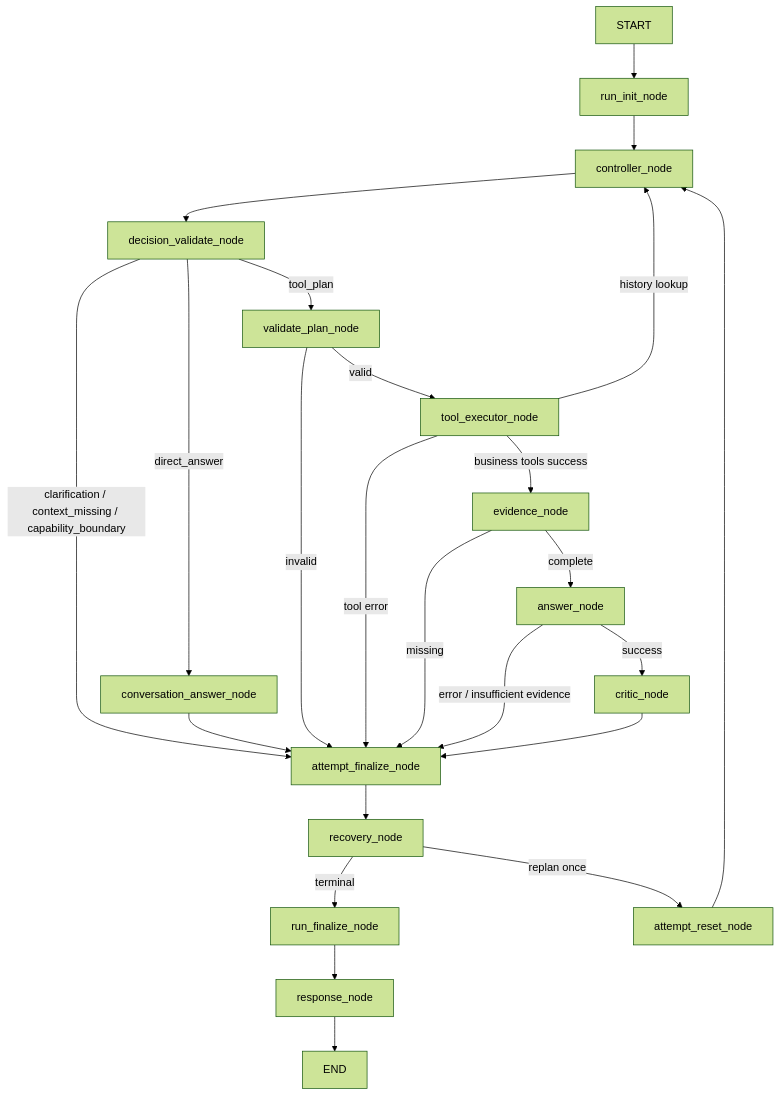
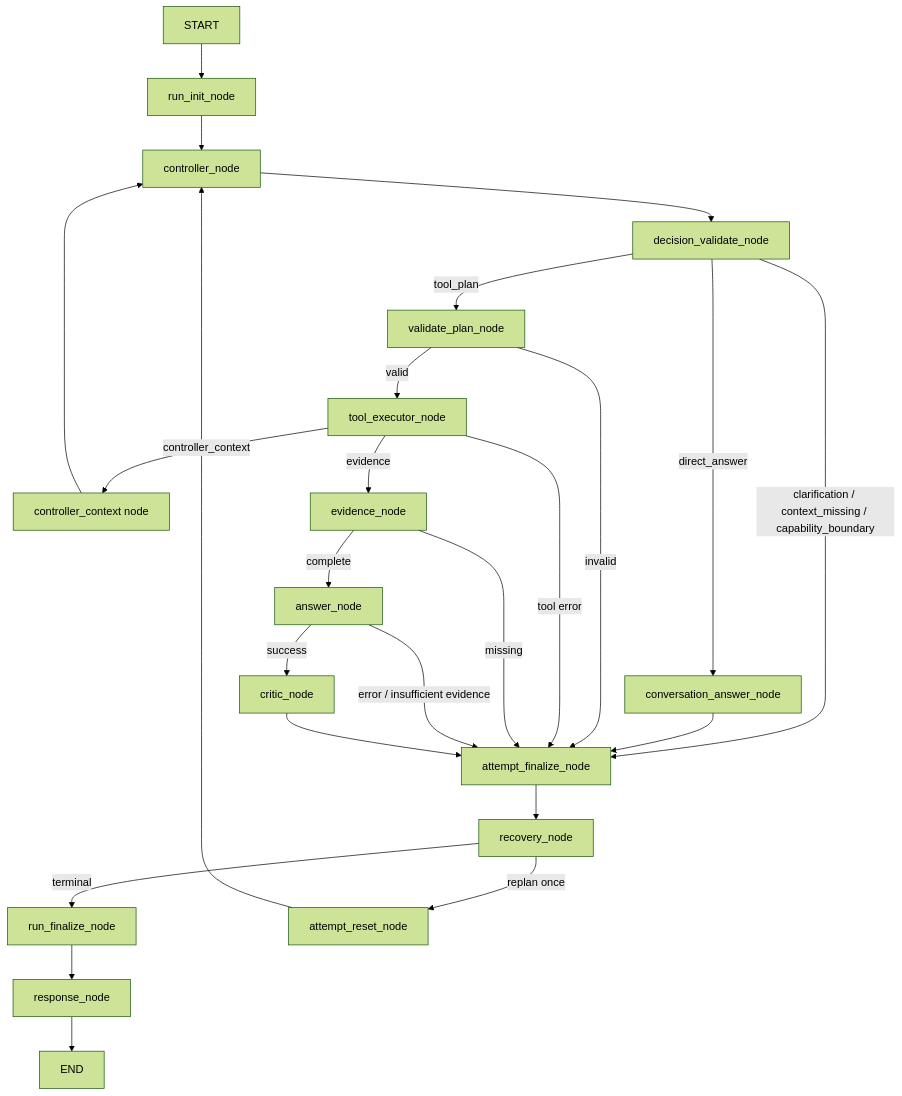
Before and after one commit to Philip23333/DotaMind: the diagram in docs/design/architecture/DotaMind_V3_node_tool_edge_inventory.md, drawn with Mermaid (forest theme). The commit also changed other lines of this file and 32 other files, not shown here.

````diff
--- a/docs/design/architecture/DotaMind_V3_node_tool_edge_inventory.md
+++ b/docs/design/architecture/DotaMind_V3_node_tool_edge_inventory.md
@@ -11,26 +11,27 @@
 ```mermaid
 flowchart TD
     Start["START"] --> RunInit["run_init_node"]
     RunInit --> Controller["controller_node"]
     Controller --> DecisionValidate["decision_validate_node"]
     DecisionValidate -->|"direct_answer"| Conversation["conversation_answer_node"]
     DecisionValidate -->|"clarification / context_missing / capability_boundary"| AttemptFinalize["attempt_finalize_node"]
     DecisionValidate -->|"tool_plan"| Validate["validate_plan_node"]
     Conversation --> AttemptFinalize
     Validate -->|"valid"| Tools["tool_executor_node"]
     Validate -->|"invalid"| AttemptFinalize
-    Tools -->|"history lookup"| Controller
-    Tools -->|"business tools success"| Evidence["evidence_node"]
+    Tools -->|"controller_context"| Context["controller_context node"]
+    Context --> Controller
+    Tools -->|"evidence"| Evidence["evidence_node"]
     Tools -->|"tool error"| AttemptFinalize
     Evidence -->|"complete"| Answer["answer_node"]
     Evidence -->|"missing"| AttemptFinalize
     Answer -->|"success"| Critic["critic_node"]
     Answer -->|"error / insufficient evidence"| AttemptFinalize
     Critic --> AttemptFinalize
     AttemptFinalize --> Recovery["recovery_node"]
     Recovery -->|"terminal"| RunFinalize["run_finalize_node"]
     Recovery -->|"replan once"| AttemptReset["attempt_reset_node"]
     AttemptReset --> Controller
     RunFinalize --> Response["response_node"]
     Response --> End["END"]
 ```
````
